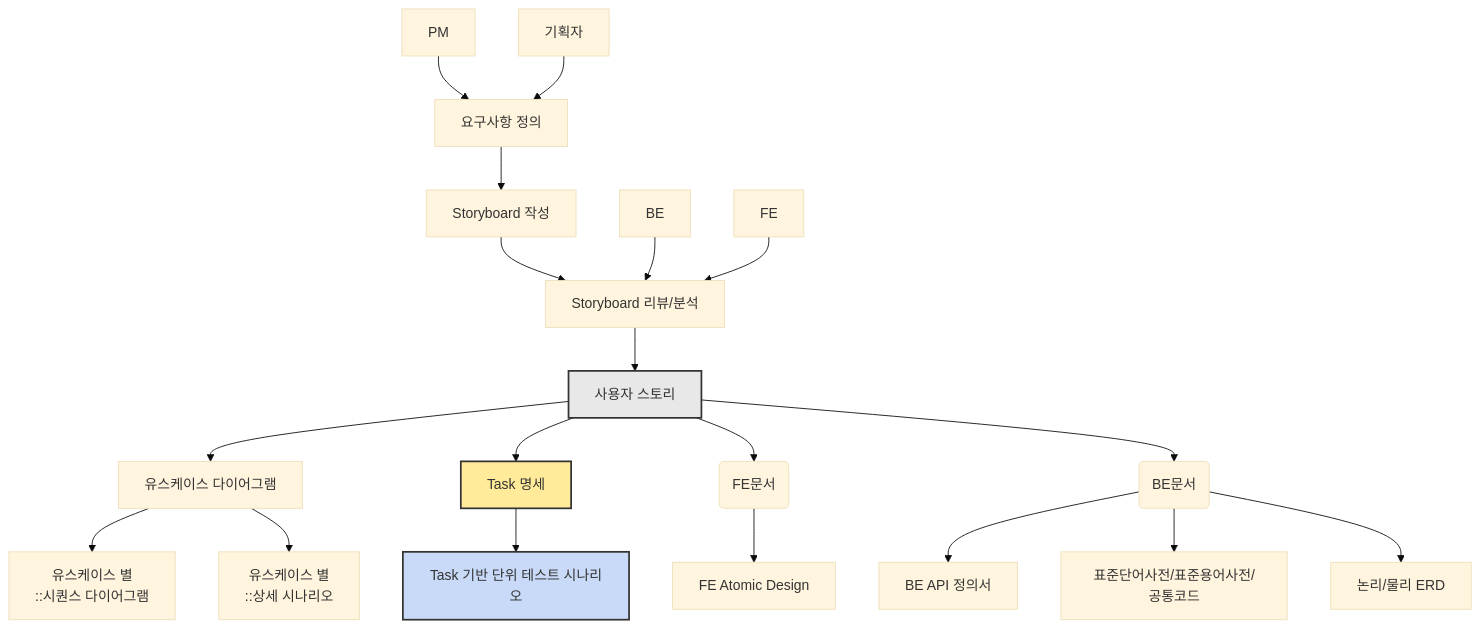
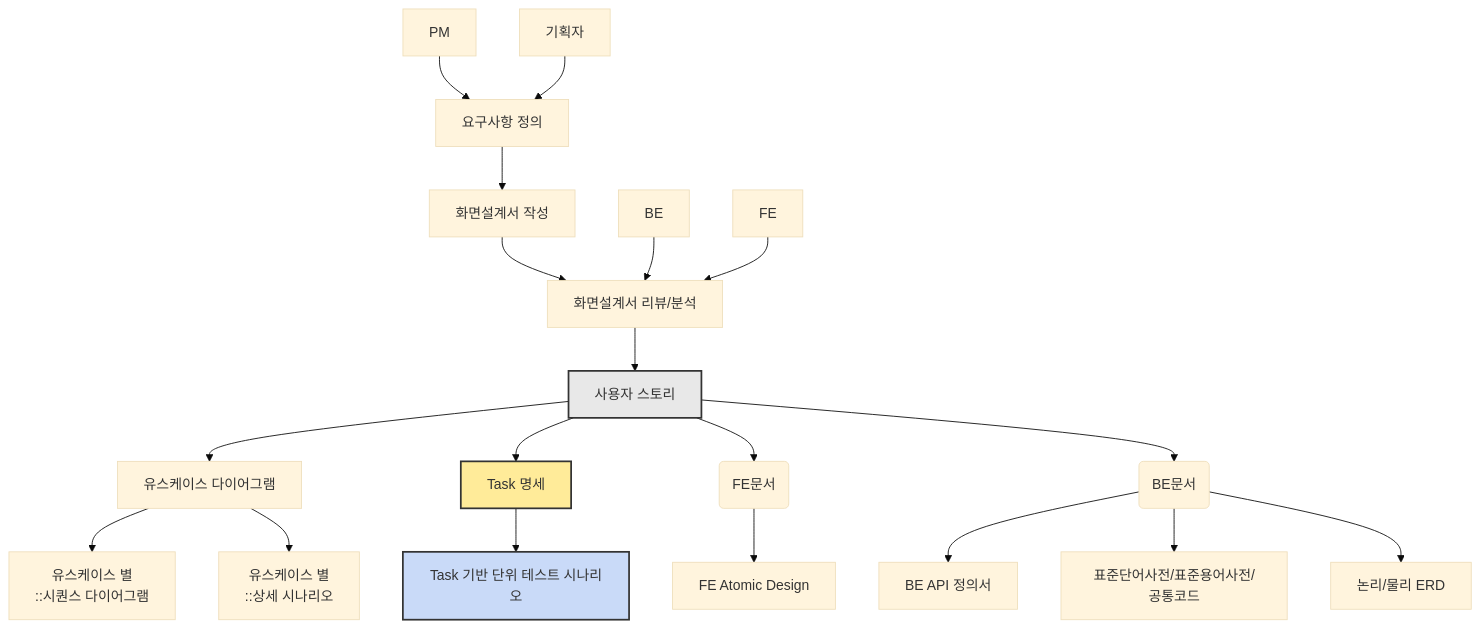
The second of 4 diagrams in documents/README.md (thanksLee/vitamin-monorepo), drawn with Mermaid (base theme) before and after one commit. The commit also changed other lines of this file, not shown here.

````diff
--- a/documents/README.md
+++ b/documents/README.md
@@ -222,30 +114,30 @@
 ```mermaid
 flowchart TD
     PM[PM] --> A[요구사항 정의]
-    A --> B[Storyboard 작성]
+    A --> B[화면설계서 작성]
     기획자[기획자] --> A
-    B --> C[Storyboard 리뷰/분석]
+    B --> C[화면설계서 리뷰/분석]
     BE[BE] --> C
     FE[FE] --> C
 
     C --> D[사용자 스토리]
 
     D --> E[유스케이스 다이어그램]
     E --> F[유스케이스 별<br/>::시퀀스 다이어그램]
     E --> G[유스케이스 별<br/>::상세 시나리오]
     D --> H[Task 명세]
     H --> I[Task 기반 단위 테스트 시나리오]
     D --> J(FE문서)
     D --> K(BE문서)
 
     J --> L[FE Atomic Design]
 
     K --> M[BE API 정의서]
     K --> N[표준단어사전/표준용어사전/공통코드]
     K --> O[논리/물리 ERD]
 
     %% 스타일 정의 %%
     style D fill:#e8e8e8,stroke:#333,stroke-width:2px;
     style H fill:#ffeb99,stroke:#333,stroke-width:2px;
     style I fill:#c9daf8,stroke:#333,stroke-width:2px;
 ```
````
